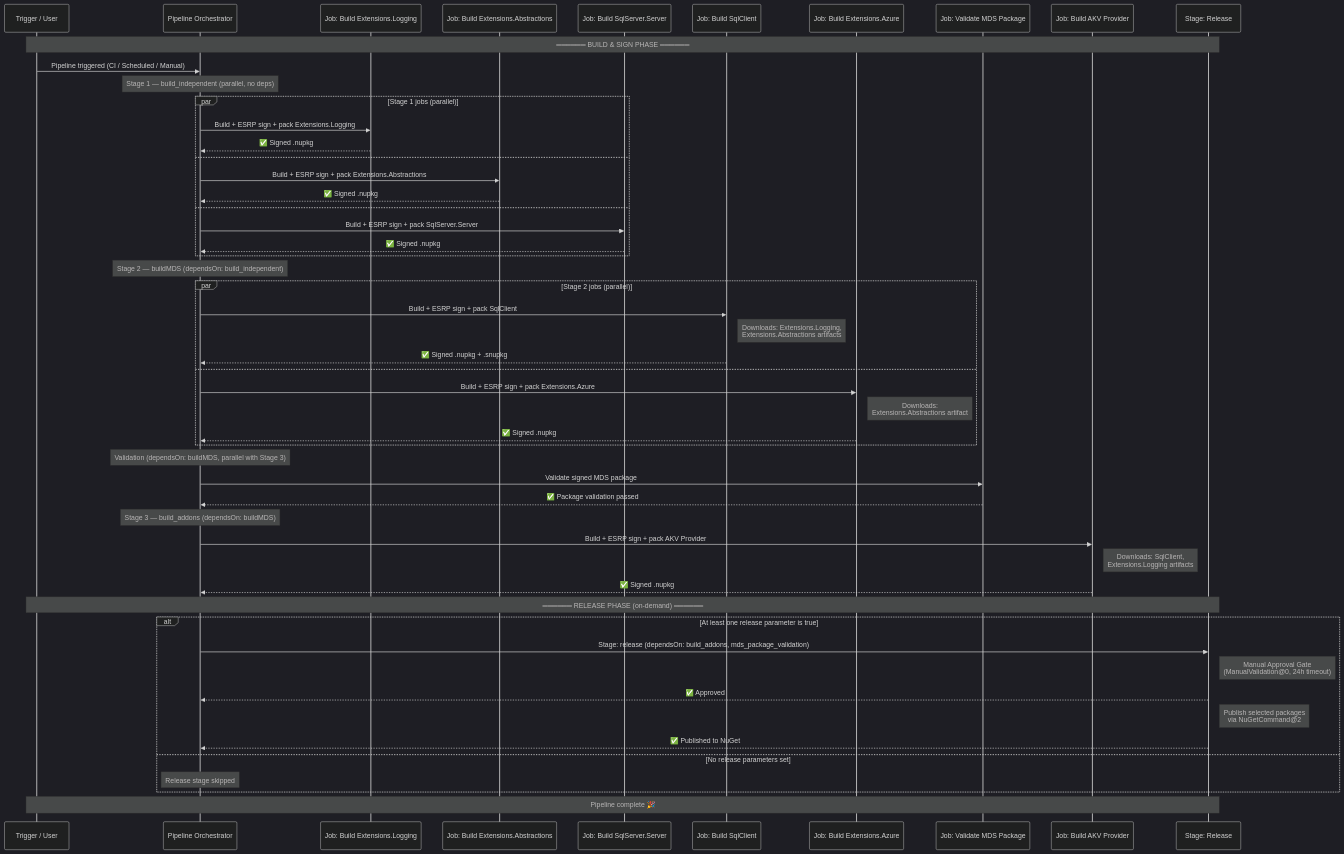
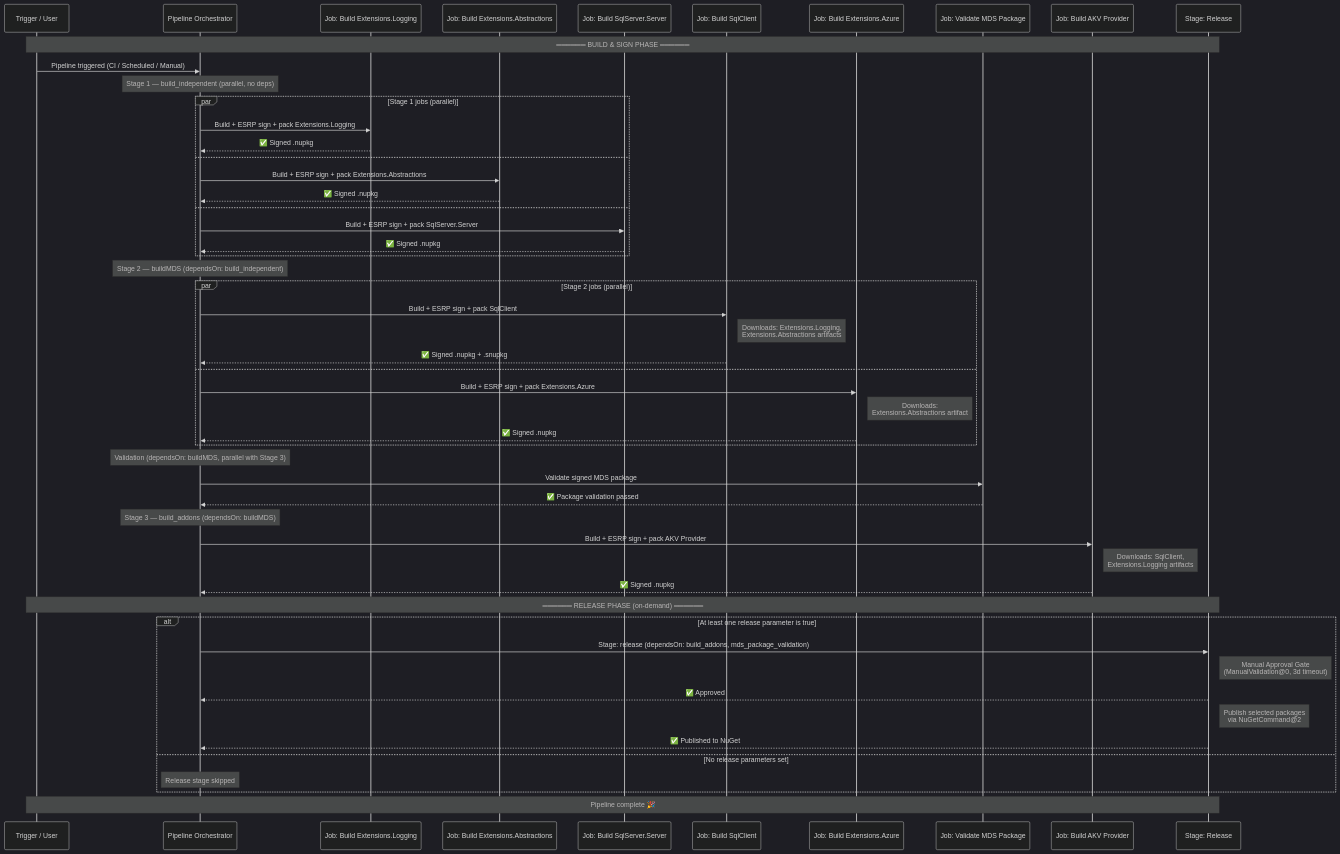
The diagram in eng/sqlclient-pipeline-workflow.md (dotnet/SqlClient), drawn with Mermaid (dark theme) before and after one commit. The commit also changed 7 other files, not shown here.

````diff
--- a/eng/sqlclient-pipeline-workflow.md
+++ b/eng/sqlclient-pipeline-workflow.md
@@ -33,67 +33,67 @@
 ```mermaid
 sequenceDiagram
     participant T as Trigger / User
     participant P as Pipeline Orchestrator
     participant B1a as Job: Build Extensions.Logging
     participant B1b as Job: Build Extensions.Abstractions
     participant B1c as Job: Build SqlServer.Server
     participant B2a as Job: Build SqlClient
     participant B2b as Job: Build Extensions.Azure
     participant V as Job: Validate MDS Package
     participant B3 as Job: Build AKV Provider
     participant R as Stage: Release
 
     Note over T,R: ══════ BUILD & SIGN PHASE ══════
 
     T->>P: Pipeline triggered (CI / Scheduled / Manual)
 
     Note over P: Stage 1 — build_independent (parallel, no deps)
 
     par Stage 1 jobs (parallel)
         P->>B1a: Build + ESRP sign + pack Extensions.Logging
         B1a-->>P: ✅ Signed .nupkg
     and
         P->>B1b: Build + ESRP sign + pack Extensions.Abstractions
         B1b-->>P: ✅ Signed .nupkg
     and
         P->>B1c: Build + ESRP sign + pack SqlServer.Server
         B1c-->>P: ✅ Signed .nupkg
     end
 
     Note over P: Stage 2 — buildMDS (dependsOn: build_independent)
 
     par Stage 2 jobs (parallel)
         P->>B2a: Build + ESRP sign + pack SqlClient
         Note right of B2a: Downloads: Extensions.Logging,<br/>Extensions.Abstractions artifacts
         B2a-->>P: ✅ Signed .nupkg + .snupkg
     and
         P->>B2b: Build + ESRP sign + pack Extensions.Azure
         Note right of B2b: Downloads:<br/>Extensions.Abstractions artifact
         B2b-->>P: ✅ Signed .nupkg
     end
 
     Note over P: Validation (dependsOn: buildMDS, parallel with Stage 3)
 
     P->>V: Validate signed MDS package
     V-->>P: ✅ Package validation passed
 
     Note over P: Stage 3 — build_addons (dependsOn: buildMDS)
 
     P->>B3: Build + ESRP sign + pack AKV Provider
     Note right of B3: Downloads: SqlClient,<br/>Extensions.Logging artifacts
     B3-->>P: ✅ Signed .nupkg
 
     Note over T,R: ══════ RELEASE PHASE (on-demand) ══════
 
     alt At least one release parameter is true
         P->>R: Stage: release (dependsOn: build_addons, mds_package_validation)
-        Note right of R: Manual Approval Gate<br/>(ManualValidation@0, 24h timeout)
+        Note right of R: Manual Approval Gate<br/>(ManualValidation@0, 3d timeout)
         R-->>P: ✅ Approved
         Note right of R: Publish selected packages<br/>via NuGetCommand@2
         R-->>P: ✅ Published to NuGet
     else No release parameters set
         Note over P: Release stage skipped
     end
 
     Note over T,R: Pipeline complete 🎉
 ```
````
